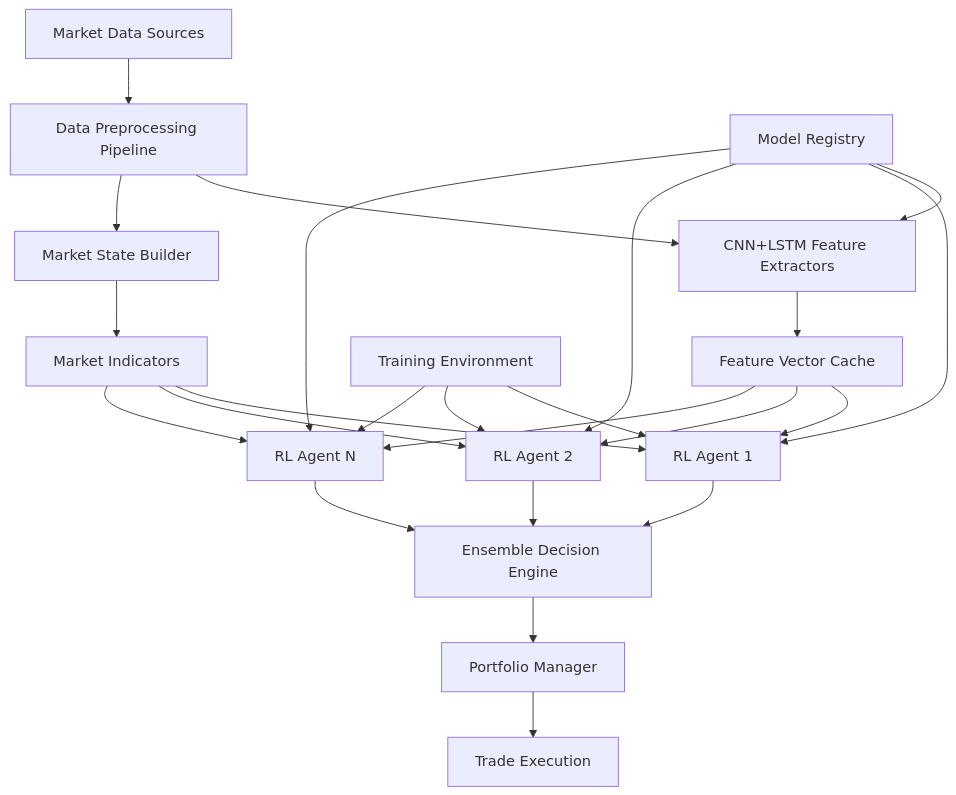
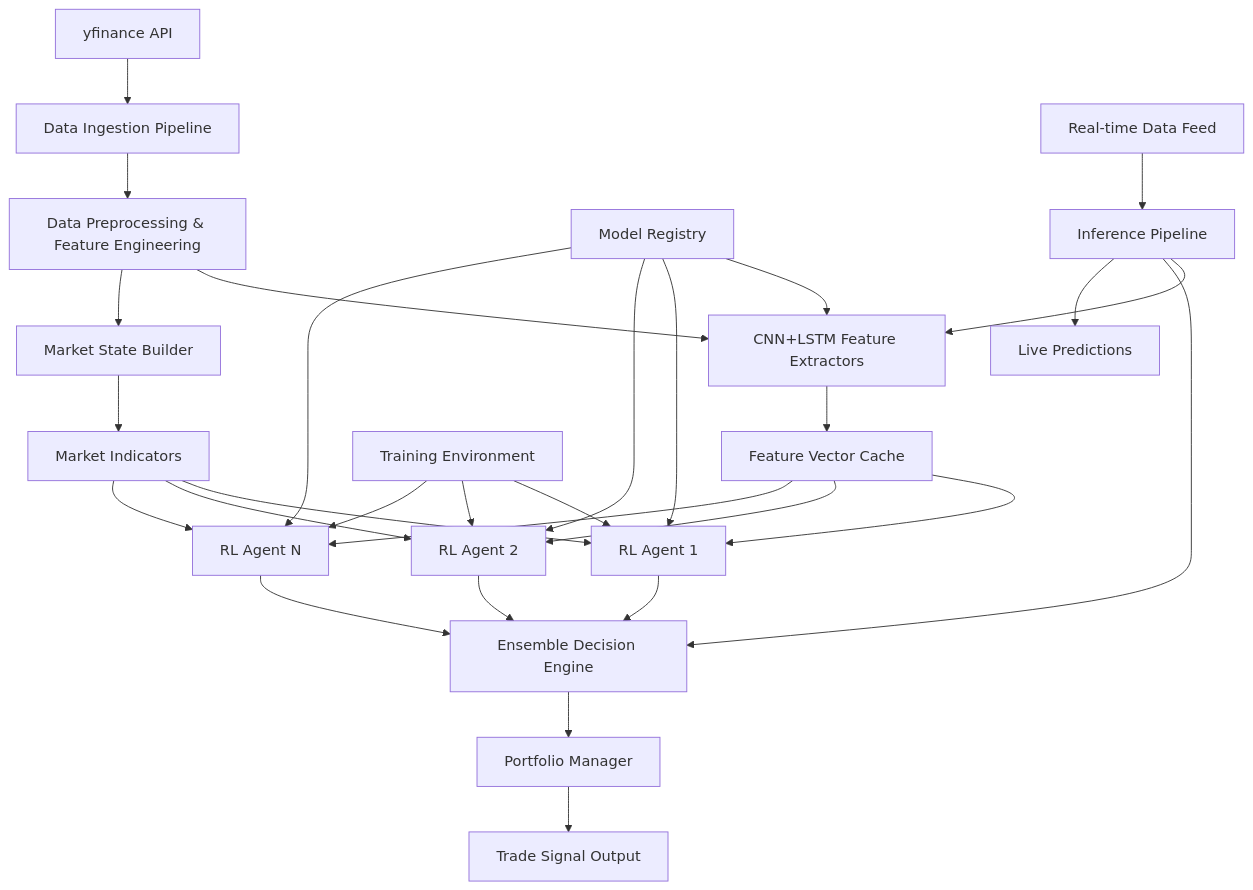
One commit to Zzzero-hash/Trade-Agent changed the diagram in .kiro/specs/ml-trading-ensemble/design.md. Above: the diagram before and after it, drawn with Mermaid. The commit also changed other lines of this file and 45 other files, not shown here.

Commit message:
Continued dev work on CNN+LSTM Training

````diff
--- a/.kiro/specs/ml-trading-ensemble/design.md
+++ b/.kiro/specs/ml-trading-ensemble/design.md
@@ -17,32 +17,38 @@
 ```mermaid
 graph TB
-    A[Market Data Sources] --> B[Data Preprocessing Pipeline]
-    B --> C[CNN+LSTM Feature Extractors]
-    B --> D[Market State Builder]
+    A[yfinance API] --> B[Data Ingestion Pipeline]
+    B --> C[Data Preprocessing & Feature Engineering]
+    C --> D[CNN+LSTM Feature Extractors]
+    C --> E[Market State Builder]
     
-    C --> E[Feature Vector Cache]
-    D --> F[Market Indicators]
+    D --> F[Feature Vector Cache]
+    E --> G[Market Indicators]
     
-    E --> G[RL Agent 1]
-    E --> H[RL Agent 2]
-    E --> I[RL Agent N]
-    F --> G
-    F --> H
-    F --> I
+    F --> H[RL Agent 1]
+    F --> I[RL Agent 2]
+    F --> J[RL Agent N]
+    G --> H
+    G --> I
+    G --> J
     
-    G --> J[Ensemble Decision Engine]
-    H --> J
-    I --> J
+    H --> K[Ensemble Decision Engine]
+    I --> K
+    J --> K
     
-    J --> K[Portfolio Manager]
-    K --> L[Trade Execution]
+    K --> L[Portfolio Manager]
+    L --> M[Trade Signal Output]
     
-    M[Training Environment] --> G
-    M --> H
-    M --> I
+    N[Training Environment] --> H
+    N --> I
+    N --> J
     
-    N[Model Registry] --> C
-    N --> G
-    N --> H
-    N --> I
+    O[Model Registry] --> D
+    O --> H
+    O --> I
+    O --> J
+    
+    P[Real-time Data Feed] --> Q[Inference Pipeline]
+    Q --> D
+    Q --> K
+    Q --> R[Live Predictions]
 ```
````
